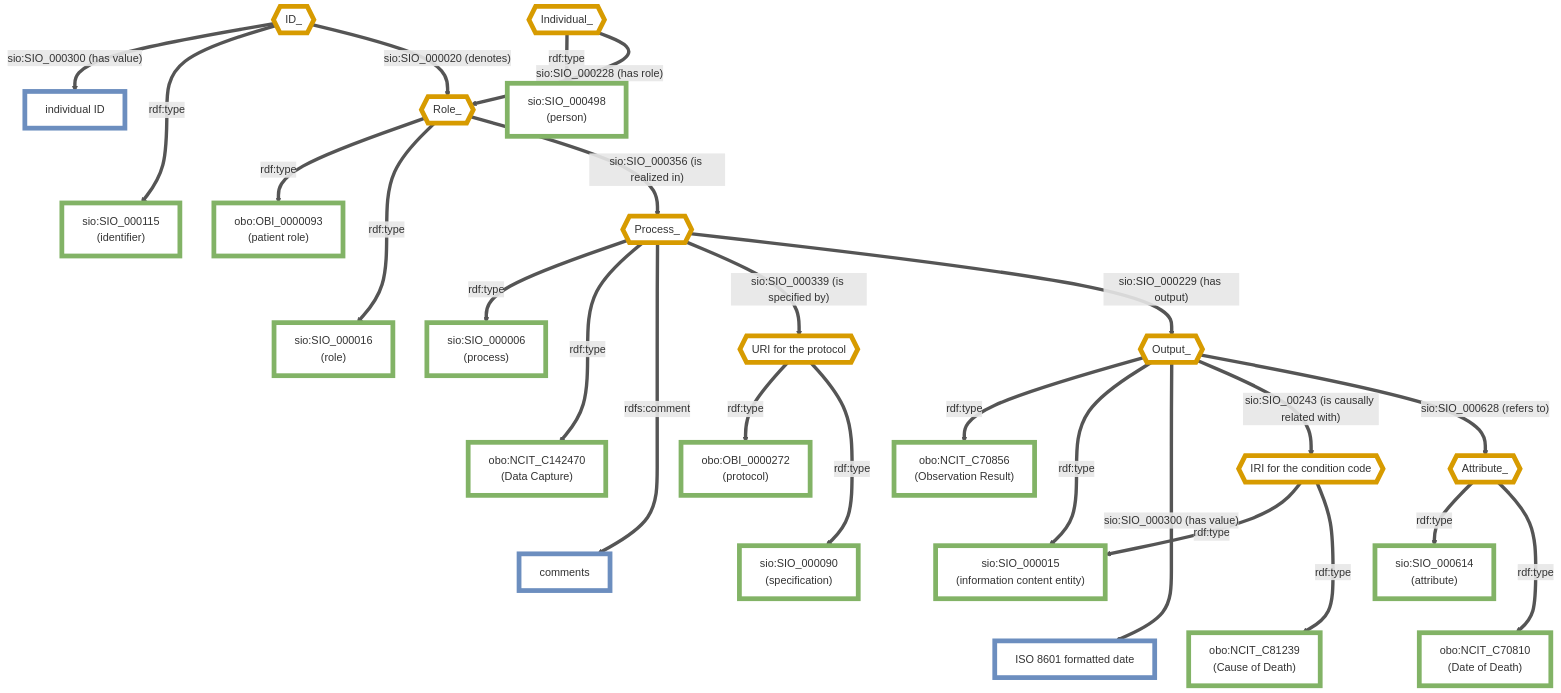
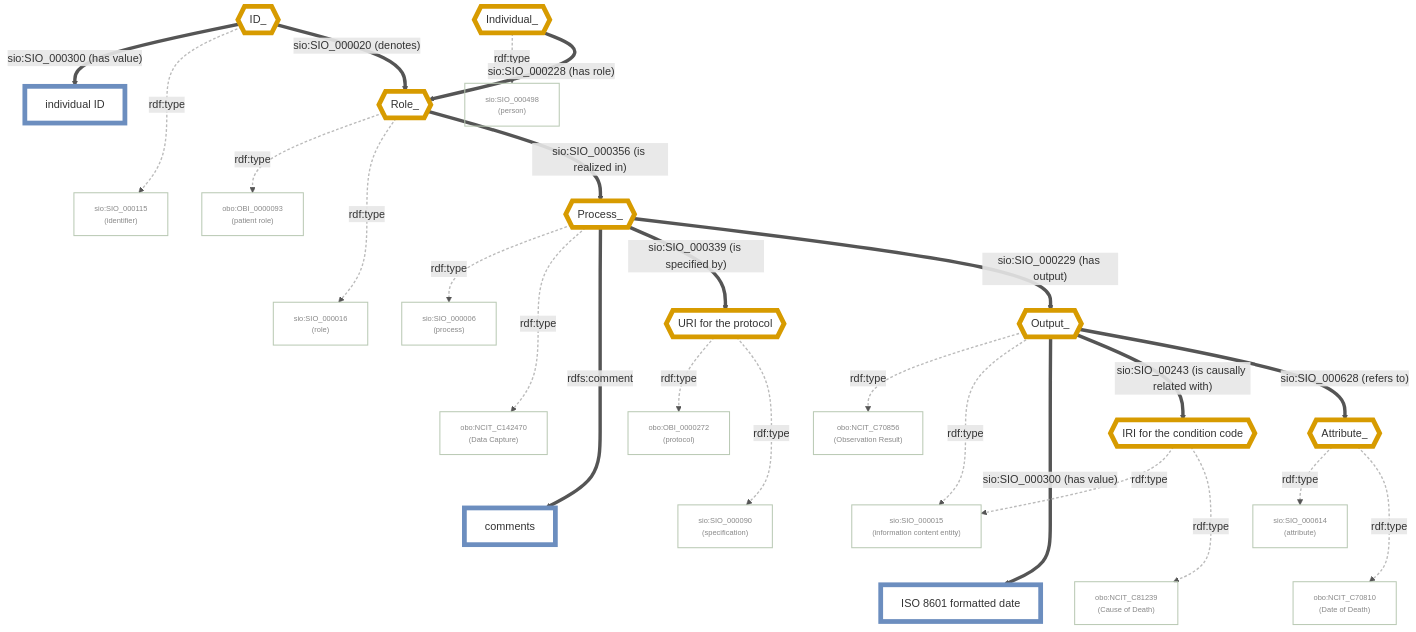
Before and after one commit to wilkinsonlab/CARE-Semantic-Model-Version-2: the diagram in CARE-SM-obo-Deathdate.md, drawn with Mermaid. The commit also changed 21 other files, not shown here.

Commit message:
rdf:type is now transparent so it doesn't ingterfere with the rest of the diagram.  So much better!

````diff
--- a/CARE-SM-obo-Deathdate.md
+++ b/CARE-SM-obo-Deathdate.md
@@ -14,7 +14,7 @@
 ```mermaid
 flowchart TD
     classDef usedInstance fill:#ffffff,stroke:#d79b00,stroke-width:7px,color:#333
-    classDef classNode fill:#ffffff,stroke:#82b366,stroke-width:7px,color:#333
+    classDef classNode fill:transparent,stroke:#b9c9b4,stroke-width:1.5px,color:#888,font-size:11px
     classDef dataValue fill:#ffffff,stroke:#6c8ebf,stroke-width:7px,color:#333
     linkStyle default stroke:#555,stroke-width:5px
 
@@ -90,5 +90,7 @@
     SIO_000015 ~~~ NCIT_C81239
     SIO_000614 ~~~ NCIT_C70810
 
+    %% rdf:type edges (indices 1,3,5,6,8,9,13,14,15,16,20,21,22,23) de-emphasized so the structural backbone stands out
+    linkStyle 1,3,5,6,8,9,13,14,15,16,20,21,22,23 stroke:#bbb,stroke-width:2px,stroke-dasharray:4 3
     linkStyle 24,25,26,27,28,29,30,31,32 stroke:none
 ```
````
